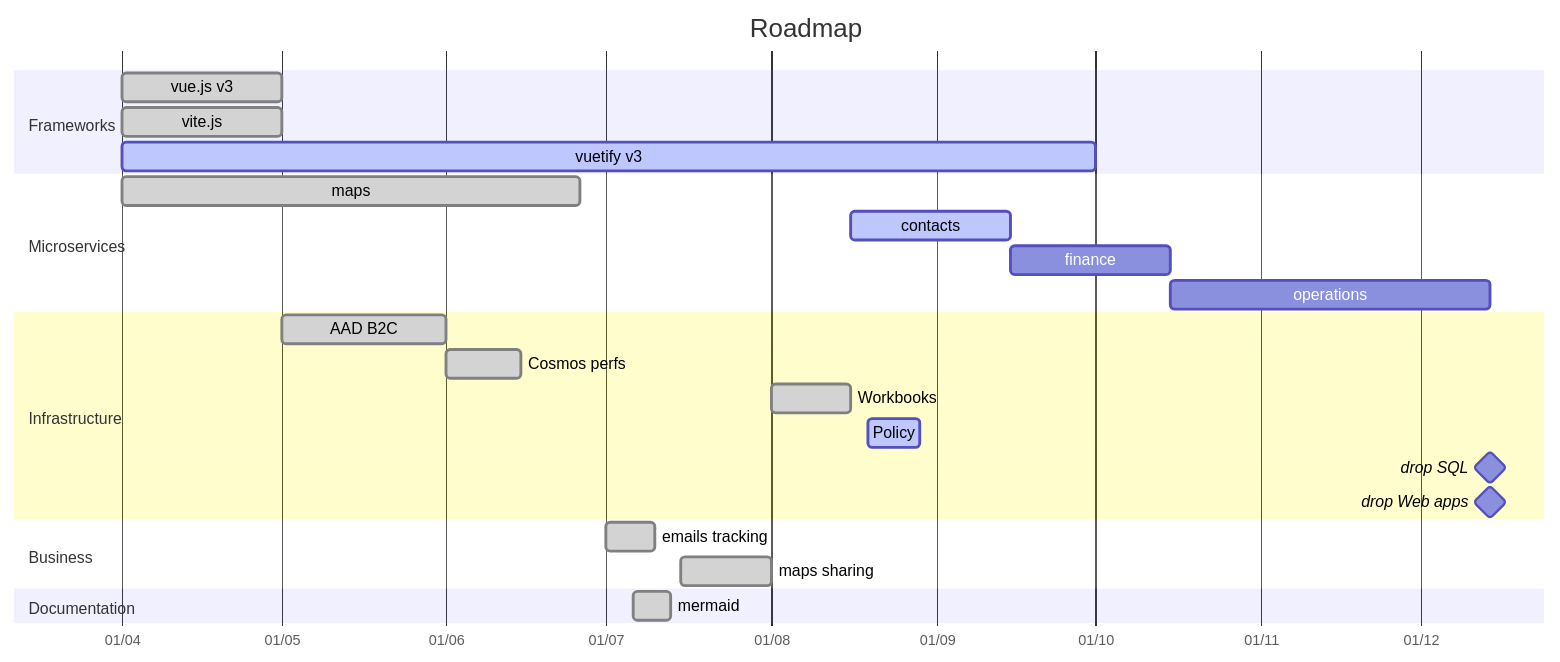
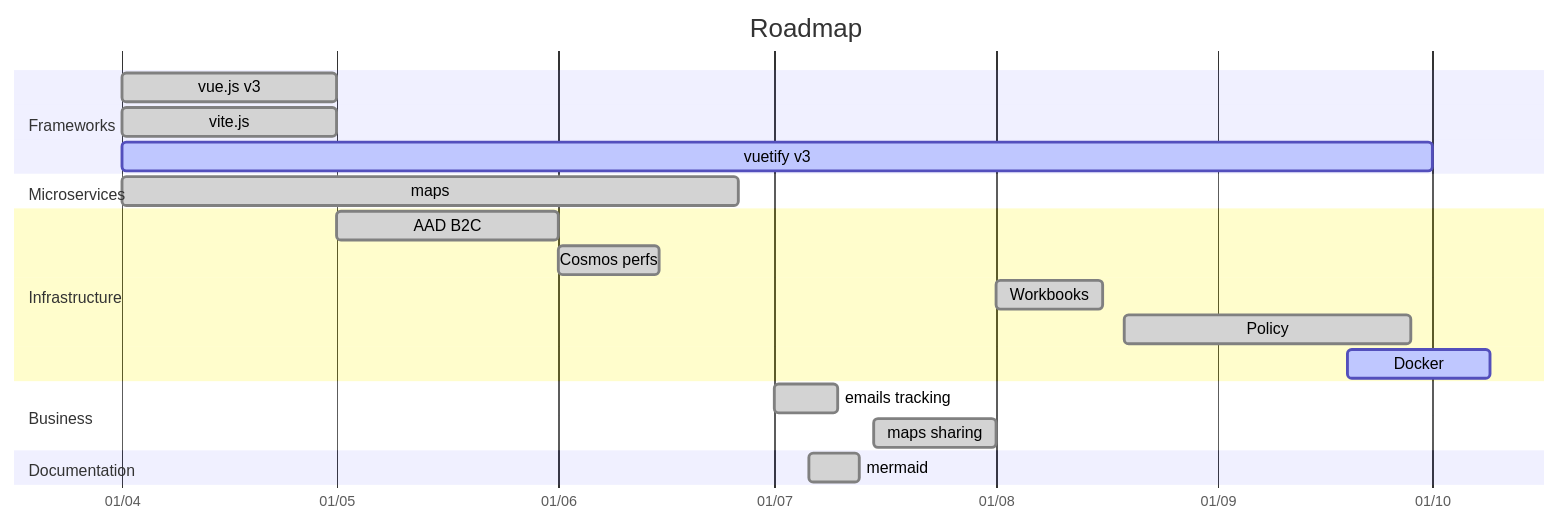
One commit to amilochau/.github changed the diagram in docs/roadmap.md. Above: the diagram before and after it, drawn with Mermaid. The commit also changed other lines of this file, not shown here.

Commit message:
Update roadmap

````diff
--- a/docs/roadmap.md
+++ b/docs/roadmap.md
@@ -9,32 +9,28 @@
 ```mermaid
 gantt
   title Roadmap
   dateFormat YYYY-MM-DD
   axisFormat %d/%m
 
   section Frameworks
   vue.js v3       : done,       vue,        2022-04-01,               2022-05-01
   vite.js         : done,       vite,       2022-04-01,               2022-05-01
   vuetify v3      : active,     vuetify,    2022-04-01,               2022-10-01
 
   section Microservices
   maps            : done,       maps,       2022-04-01,               2022-06-26
-  contacts        : active,     contacts,   2022-08-16,               30d
-  finance         :             finance,    after contacts,           30d
-  operations      :             operations, after finance,            60d
 
   section Infrastructure
   AAD B2C         : done,       aadb2c,     2022-05-01,               2022-06-01
   Cosmos perfs    : done,       cosmos,     2022-06-01,               2022-06-15
   Workbooks       : done,       workbooks,  2022-08-01,               2022-08-16
-  Policy          : active,     policy,     2022-08-19,               10d
-  drop SQL        : milestone,  sql,        after operations,         0d
-  drop Web apps   : milestone,  webapps,    after operations,         0d
+  Policy          : done,       policy,     2022-08-19,               2022-09-28
+  Docker          : active,     docker,     2022-09-19,               20d
 
   section Business
   emails tracking : done,       tracking,   2022-07-01,               2022-07-10
   maps sharing    : done,       sharing,    2022-07-15,               2022-08-01
 
   section Documentation
   mermaid         : done,     mermaid,    2022-07-06,               2022-07-13
 ```
````
